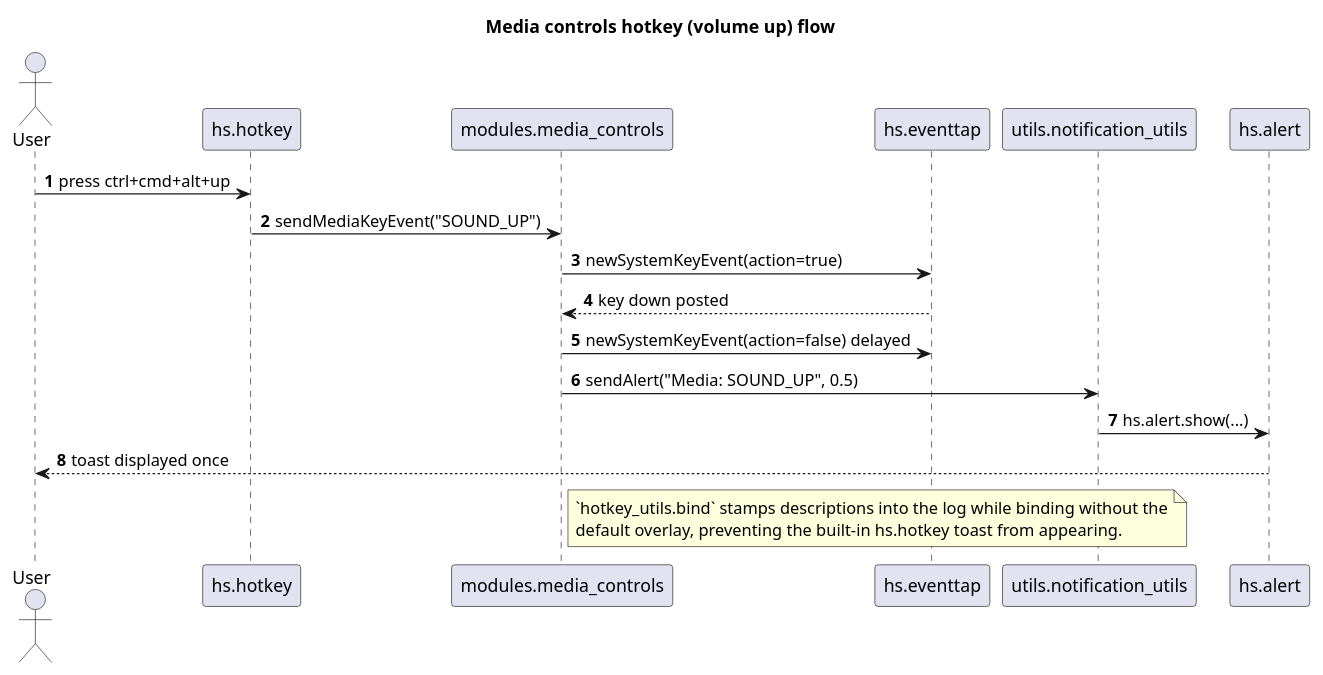
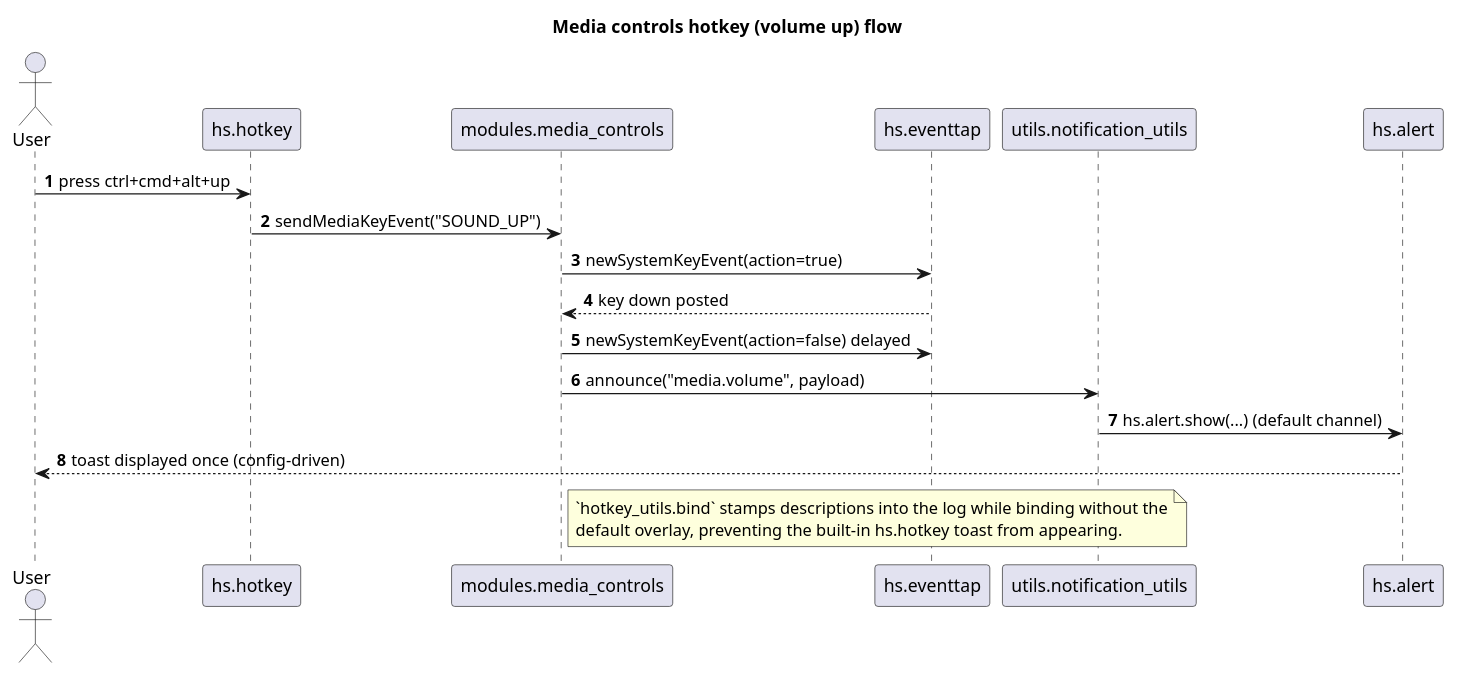
Before and after one commit to CsHeng/dot-hammerspoon: the diagram in docs/modules/diagrams/media_controls_sequence.puml, drawn with PlantUML. The commit also changed 12 other files, not shown here.

```diff
--- a/docs/modules/diagrams/media_controls_sequence.puml
+++ b/docs/modules/diagrams/media_controls_sequence.puml
@@ -1,27 +1,27 @@
 @startuml MediaControlsSequence
 title Media controls hotkey (volume up) flow
 
 actor User as user
 participant "hs.hotkey" as hotkey
 participant "modules.media_controls" as media
 participant "hs.eventtap" as eventtap
 participant "utils.notification_utils" as notification
 participant "hs.alert" as alert
 
 autonumber
 
 user -> hotkey: press ctrl+cmd+alt+up
 hotkey -> media: sendMediaKeyEvent("SOUND_UP")
 media -> eventtap: newSystemKeyEvent(action=true)
 eventtap --> media: key down posted
 media -> eventtap: newSystemKeyEvent(action=false) delayed
-media -> notification: sendAlert("Media: SOUND_UP", 0.5)
-notification -> alert: hs.alert.show(...)
-alert --> user: toast displayed once
+media -> notification: announce("media.volume", payload)
+notification -> alert: hs.alert.show(...) (default channel)
+alert --> user: toast displayed once (config-driven)
 
 note right of media
 `hotkey_utils.bind` stamps descriptions into the log while binding without the
 default overlay, preventing the built-in hs.hotkey toast from appearing.
 end note
 
 @enduml
```
